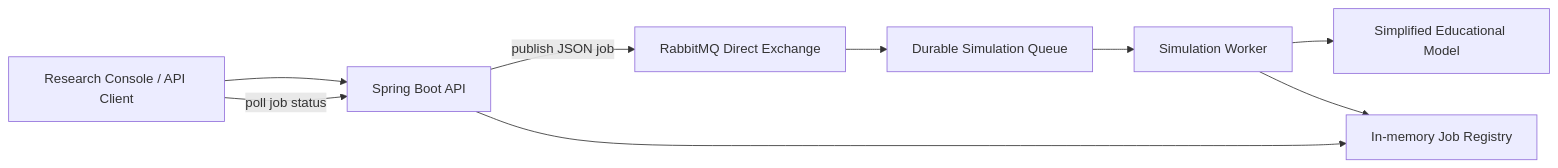
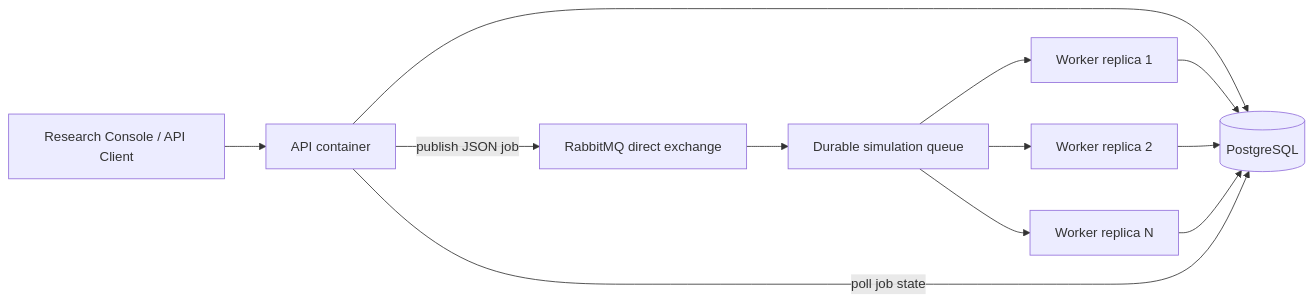
Before and after one commit to iamdatagabs/perfusion_lab: the diagram in docs/ARCHITECTURE.md, drawn with Mermaid. The commit also changed other lines of this file, not shown here.

Commit message:
Document persistent worker pool and reproducible scaling benchmarks

```diff
--- a/docs/ARCHITECTURE.md
+++ b/docs/ARCHITECTURE.md
@@ -7,11 +7,14 @@
 ~~~mermaid
 flowchart LR
-  Client[Research Console / API Client] --> API[Spring Boot API]
-  API -->|publish JSON job| Exchange[RabbitMQ Direct Exchange]
-  Exchange --> Queue[Durable Simulation Queue]
-  Queue --> Worker[Simulation Worker]
-  Worker --> Model[Simplified Educational Model]
-  Worker --> Store[In-memory Job Registry]
-  Client -->|poll job status| API
-  API --> Store
+  Client[Research Console / API Client] --> API[API container]
+  API --> DB[(PostgreSQL)]
+  API -->|publish JSON job| EX[RabbitMQ direct exchange]
+  EX --> Q[Durable simulation queue]
+  Q --> W1[Worker replica 1]
+  Q --> W2[Worker replica 2]
+  Q --> WN[Worker replica N]
+  W1 --> DB
+  W2 --> DB
+  WN --> DB
+  API -->|poll job state| DB
 ~~~
```
